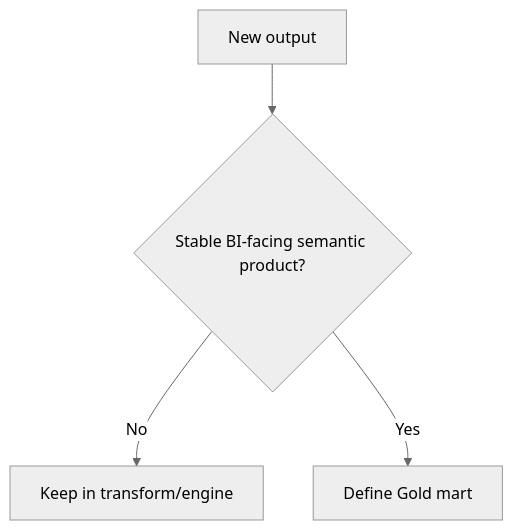
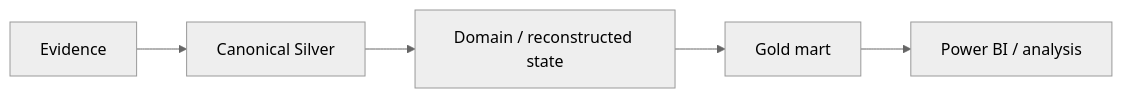
The first of 5 diagrams in docs/developer/adding-gold-marts.md (tks18/personal-finance-etl), drawn with Mermaid (neutral theme) before and after one commit. The commit also changed other lines of this file and 8 other files, not shown here.

````diff
--- a/docs/developer/adding-gold-marts.md
+++ b/docs/developer/adding-gold-marts.md
@@ -18,6 +13,10 @@
 ```mermaid
-flowchart TD
-    N[New output] --> Q{Stable BI-facing semantic product?}
-    Q -->|No| I[Keep in transform/engine]
-    Q -->|Yes| G[Define Gold mart]
+flowchart LR
+    E[Evidence]
+    S[Canonical Silver]
+    D[Domain / reconstructed state]
+    G[Gold mart]
+    BI[Power BI / analysis]
+
+    E --> S --> D --> G --> BI
 ```
````
